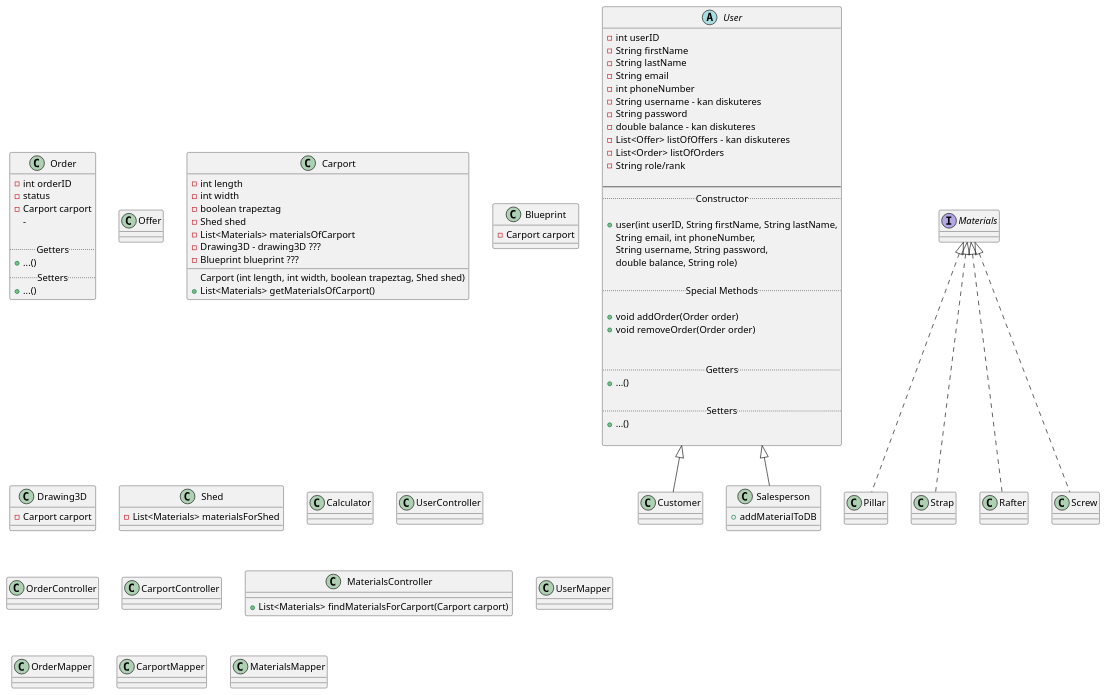
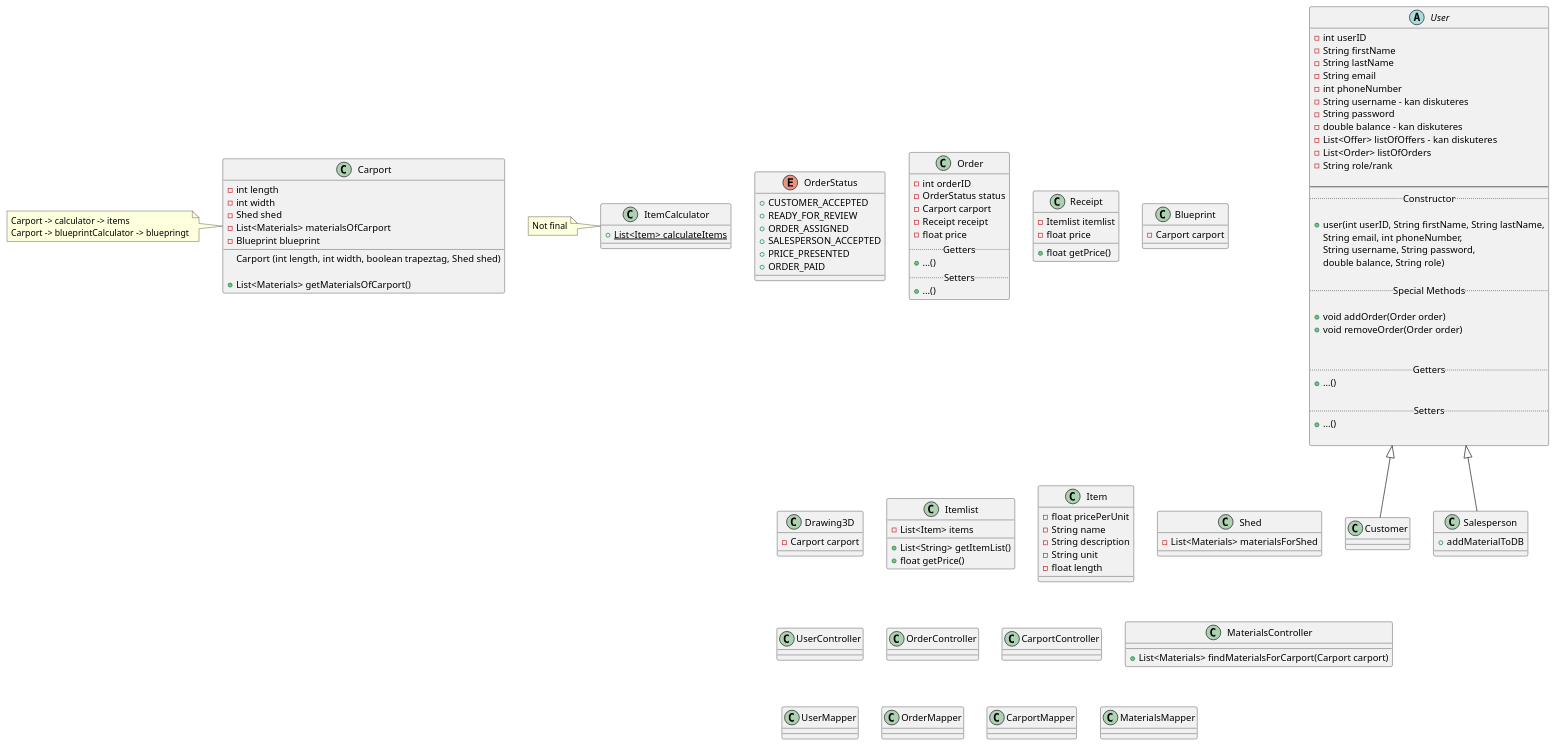
Before and after one commit to Laumh-exe/2SemEksamenOpgave: the diagram in doc/Analyse/PlantUML/KlasseDiagram.puml, drawn with PlantUML. The commit also changed 1 other file, not shown here.

Commit message:
Classdiagram updated

```diff
--- a/doc/Analyse/PlantUML/KlasseDiagram.puml
+++ b/doc/Analyse/PlantUML/KlasseDiagram.puml
@@ -1,148 +1,154 @@
 @startuml
 'https://plantuml.com/class-diagram
 
 abstract User{
     - int userID
     - String firstName
     - String lastName
     - String email
     - int phoneNumber
     - String username - kan diskuteres
     - String password
     - double balance - kan diskuteres
     - List<Offer> listOfOffers - kan diskuteres
     - List<Order> listOfOrders
     - String role/rank
 
     --
     ..Constructor..
 
     + user(int userID, String firstName, String lastName,
     String email, int phoneNumber,
     String username, String password,
     double balance, String role)
 
     ..Special Methods..
 
     + void addOrder(Order order)
     + void removeOrder(Order order)
 
 
     ..Getters..
     + ...()
 
     ..Setters..
     + ...()
 
 }
 
 class Customer extends User {
 
 }
 
 
 class Salesperson extends User {
 
 
     + addMaterialToDB
 
 }
 
-
+Enum OrderStatus {
+    + CUSTOMER_ACCEPTED
+    + READY_FOR_REVIEW
+    + ORDER_ASSIGNED
+    + SALESPERSON_ACCEPTED
+    + PRICE_PRESENTED
+    + ORDER_PAID
+}
 
 class Order {
     - int orderID
-    - status
+    - OrderStatus status
     - Carport carport
-    -
-
+    - Receipt receipt
+    - float price
     ..Getters..
     + ...()
     ..Setters..
     + ...()
 }
-class Offer
+class Receipt {
+    - Itemlist itemlist
+    - float price
+    + float getPrice()
+}
 /'class Receipt'/
 class Carport {
 
     - int length
     - int width
-    - boolean trapeztag
     - Shed shed
     - List<Materials> materialsOfCarport
-    - Drawing3D - drawing3D ???
-    - Blueprint blueprint ???
-
-
-
+    - Blueprint blueprint
     Carport (int length, int width, boolean trapeztag, Shed shed)
-
-
-
-
 
     + List<Materials> getMaterialsOfCarport()
 
 
 }
+note left: Carport -> calculator -> items \nCarport -> blueprintCalculator -> bluepringt
 
 
 class Blueprint {
-
     - Carport carport
-
-
-
-
 }
 
 class Drawing3D{
 
     - Carport carport
 }
 
-interface Materials{
+class Itemlist{
+    - List<Item> items
+    + List<String> getItemList()
+    + float getPrice()
 }
 
-class Pillar implements Materials{}
-class Strap implements Materials{}
-class Rafter implements Materials{}
-class Screw implements Materials{}
+class Item {
+    - float pricePerUnit
+    - String name
+    - String description
+    - String unit
+    - float length
+}
 
 
 class Shed {
     - List<Materials> materialsForShed
 }
 
 
 
 
 
-class Calculator {
+class ItemCalculator {
+    + {static} List<Item> calculateItems
 
 }
+note left: Not final
 
 class UserController
 class OrderController
 class CarportController {
 
 
 }
 
 
 class MaterialsController{
 
     + List<Materials> findMaterialsForCarport(Carport carport)
     }
 
 class UserMapper
 class OrderMapper
 class CarportMapper
 class MaterialsMapper
 
 
 
 
 
 
 @enduml
```
